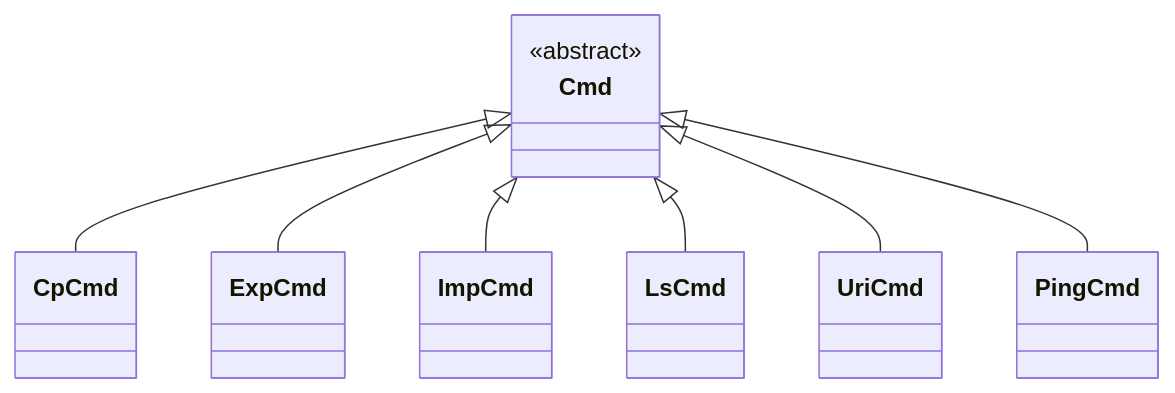
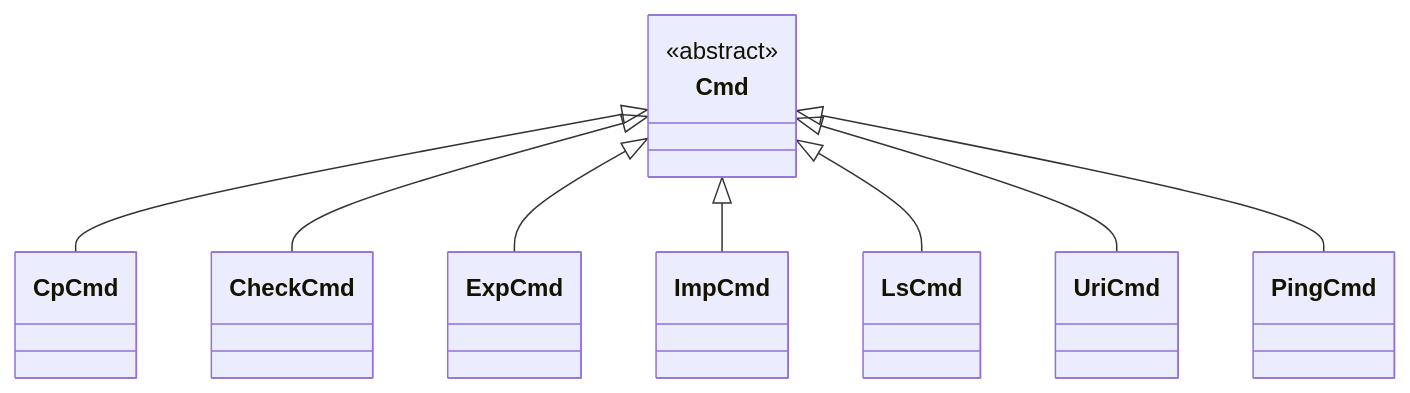
The third of 3 diagrams in docs/spec/design.en.md (chromiodev/chromie-tool), drawn with Mermaid before and after one commit. The commit also changed other lines of this file and 14 other files, not shown here.

````diff
--- a/docs/spec/design.en.md
+++ b/docs/spec/design.en.md
@@ -151,15 +151,16 @@
 ```mermaid
 classDiagram
   direction TB
 
   class Cmd {
     <<abstract>>
   }
   
   Cmd <|-- CpCmd
+  Cmd <|-- CheckCmd
   Cmd <|-- ExpCmd
   Cmd <|-- ImpCmd
   Cmd <|-- LsCmd
   Cmd <|-- UriCmd
   Cmd <|-- PingCmd
 ```
````
